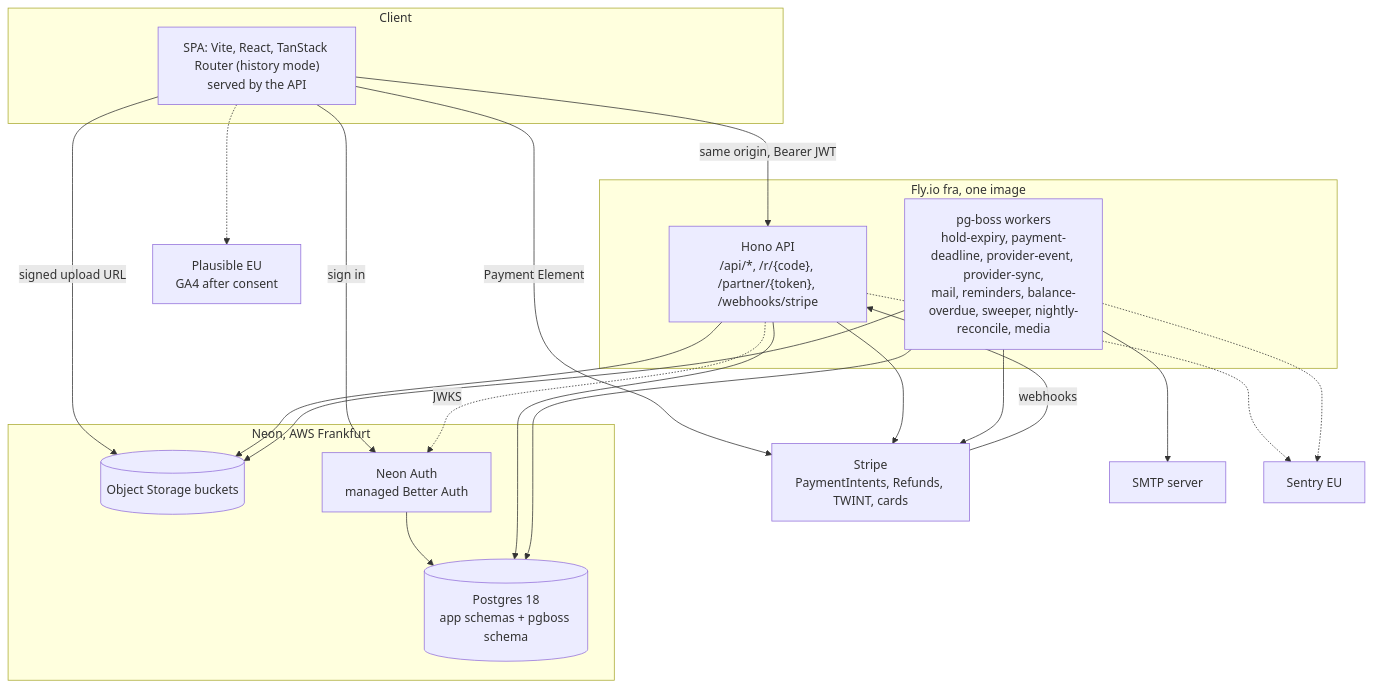
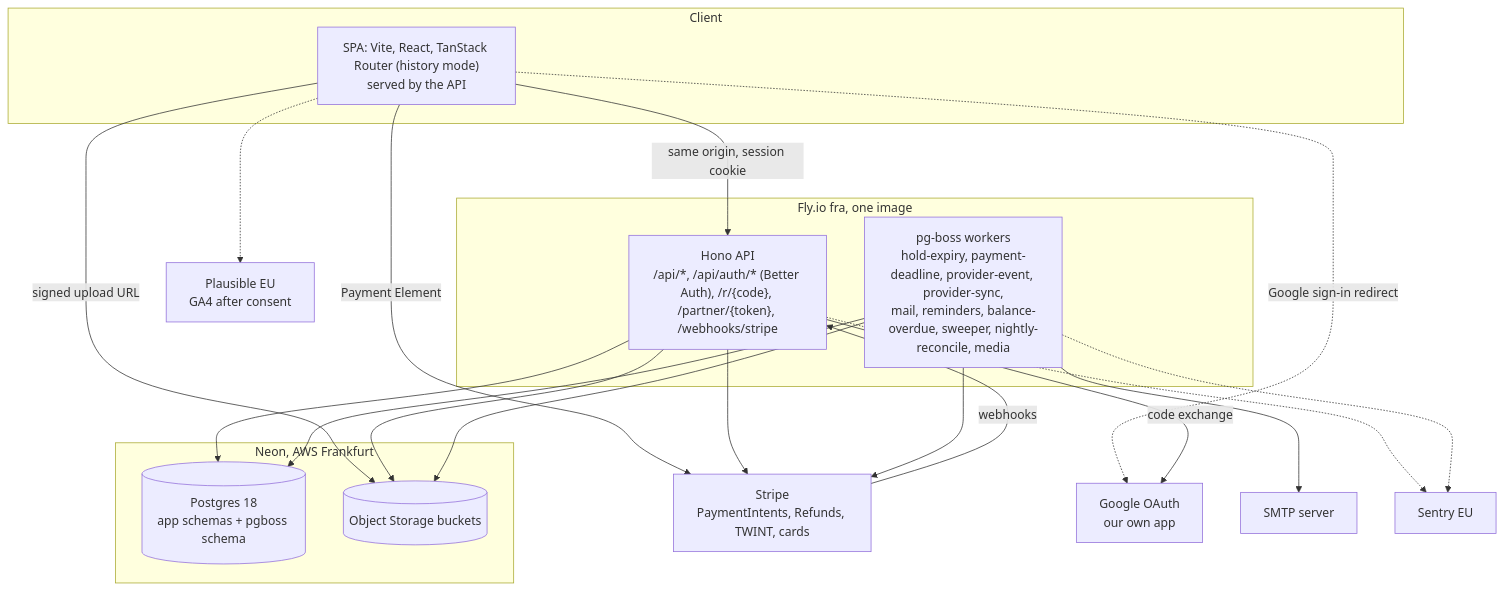
Before and after one commit to xzneozx96/swiss-keepsakes: the first of 4 diagrams in docs/architecture/backend.md, drawn with Mermaid. The commit also changed other lines of this file, not shown here.

First line of the commit message:
docs: D8 moves to Better Auth inside the API (architecture)

````diff
--- a/docs/architecture/backend.md
+++ b/docs/architecture/backend.md
@@ -64,37 +64,36 @@
 ```mermaid
 flowchart TB
     subgraph Client
         SPA["SPA: Vite, React, TanStack Router (history mode)<br/>served by the API"]
     end
     subgraph Fly["Fly.io fra, one image"]
-        API["Hono API<br/>/api/*, /r/{code}, /partner/{token}, /webhooks/stripe"]
+        API["Hono API<br/>/api/*, /api/auth/* (Better Auth), /r/{code}, /partner/{token}, /webhooks/stripe"]
         WORKER["pg-boss workers<br/>hold-expiry, payment-deadline, provider-event, provider-sync,<br/>mail, reminders, balance-overdue, sweeper, nightly-reconcile, media"]
     end
     subgraph Neon["Neon, AWS Frankfurt"]
         PG[("Postgres 18<br/>app schemas + pgboss schema")]
         OBJ[("Object Storage buckets")]
-        AUTH["Neon Auth<br/>managed Better Auth"]
     end
     STRIPE["Stripe<br/>PaymentIntents, Refunds, TWINT, cards"]
+    GOOGLE["Google OAuth<br/>our own app"]
     MAIL["SMTP server"]
     SENTRY["Sentry EU"]
     PLAUSIBLE["Plausible EU<br/>GA4 after consent"]
 
-    SPA -- "sign in" --> AUTH
-    SPA -- "same origin, Bearer JWT" --> API
-    API -. "JWKS" .-> AUTH
-    AUTH --> PG
+    SPA -- "same origin, session cookie" --> API
+    SPA -. "Google sign-in redirect" .-> GOOGLE
+    API -- "code exchange" --> GOOGLE
     SPA -- "Payment Element" --> STRIPE
     SPA -- "signed upload URL" --> OBJ
     SPA -.-> PLAUSIBLE
     STRIPE -- "webhooks" --> API
     API --> PG
     API --> OBJ
     API --> STRIPE
     WORKER --> PG
     WORKER --> STRIPE
     WORKER --> MAIL
     WORKER --> OBJ
     API -.-> SENTRY
     WORKER -.-> SENTRY
 ```
````
